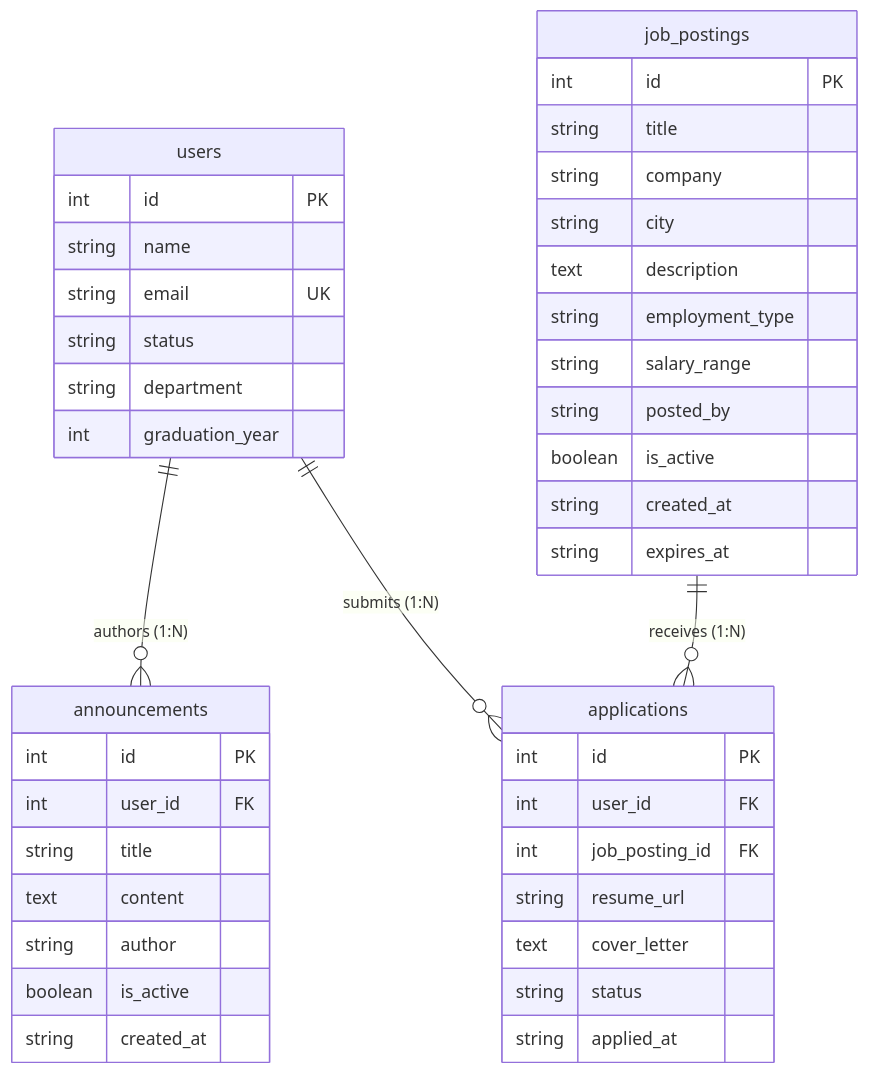
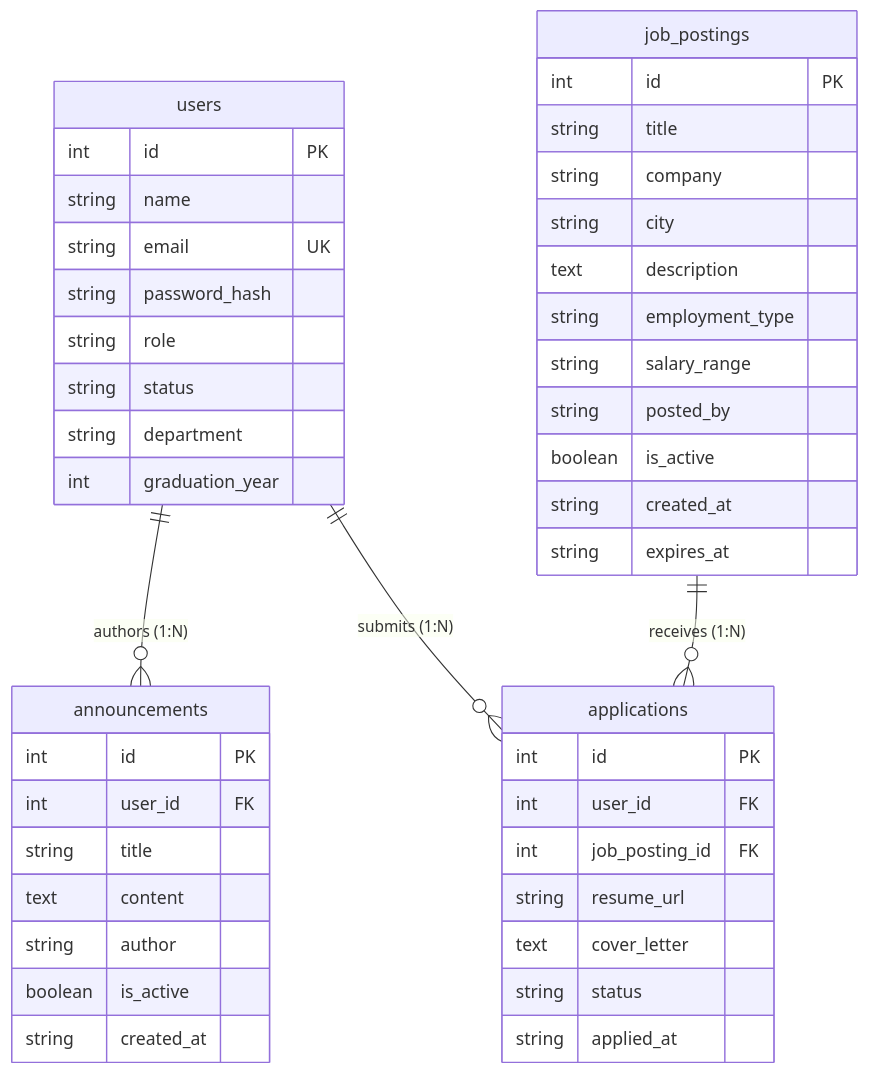
One commit to berrutiryaki/alumni changed the first of 2 diagrams in ddd.md. Above: the diagram before and after it, drawn with Mermaid. The commit also changed other lines of this file and 26 other files, not shown here.

````diff
--- a/ddd.md
+++ b/ddd.md
@@ -46,49 +46,51 @@
 ```mermaid
 erDiagram
     users ||--o{ announcements : "authors (1:N)"
     users ||--o{ applications : "submits (1:N)"
     job_postings ||--o{ applications : "receives (1:N)"
 
     users {
         int id PK
         string name
         string email UK
+        string password_hash
+        string role
         string status
         string department
         int graduation_year
     }
 
     announcements {
         int id PK
         int user_id FK
         string title
         text content
         string author
         boolean is_active
         string created_at
     }
 
     job_postings {
         int id PK
         string title
         string company
         string city
         text description
         string employment_type
         string salary_range
         string posted_by
         boolean is_active
         string created_at
         string expires_at
     }
 
     applications {
         int id PK
         int user_id FK
         int job_posting_id FK
         string resume_url
         text cover_letter
         string status
         string applied_at
     }
 ```
````
